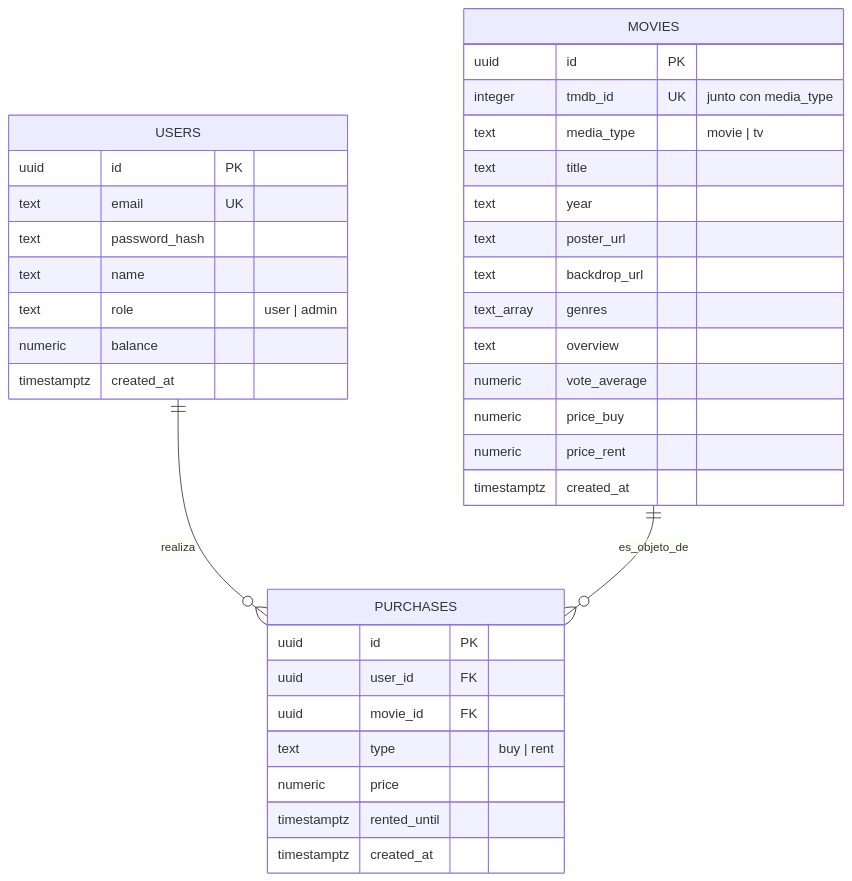
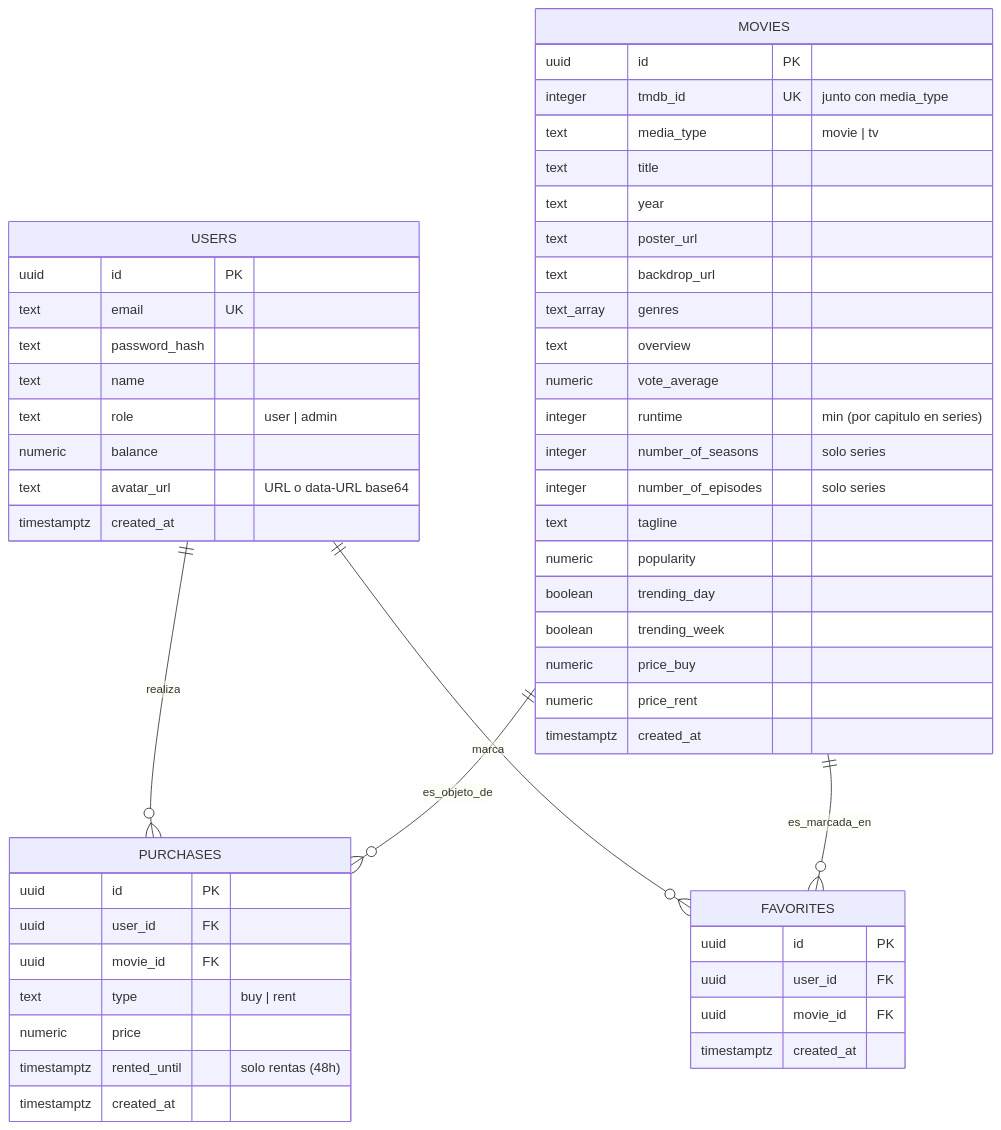
The diagram in README.md (Javi1771/nebula), drawn with Mermaid before and after one commit. The commit also changed other lines of this file and 3 other files, not shown here.

````diff
--- a/README.md
+++ b/README.md
@@ -74,41 +83,58 @@
 ```mermaid
 erDiagram
     USERS ||--o{ PURCHASES : realiza
+    USERS ||--o{ FAVORITES : marca
     MOVIES ||--o{ PURCHASES : es_objeto_de
+    MOVIES ||--o{ FAVORITES : es_marcada_en
 
     USERS {
         uuid id PK
         text email UK
         text password_hash
         text name
         text role "user | admin"
         numeric balance
+        text avatar_url "URL o data-URL base64"
         timestamptz created_at
     }
 
     MOVIES {
         uuid id PK
         integer tmdb_id UK "junto con media_type"
         text media_type "movie | tv"
         text title
         text year
         text poster_url
         text backdrop_url
         text_array genres
         text overview
         numeric vote_average
+        integer runtime "min (por capitulo en series)"
+        integer number_of_seasons "solo series"
+        integer number_of_episodes "solo series"
+        text tagline
+        numeric popularity
+        boolean trending_day
+        boolean trending_week
         numeric price_buy
         numeric price_rent
         timestamptz created_at
     }
 
     PURCHASES {
         uuid id PK
         uuid user_id FK
         uuid movie_id FK
         text type "buy | rent"
         numeric price
-        timestamptz rented_until
+        timestamptz rented_until "solo rentas (48h)"
+        timestamptz created_at
+    }
+
+    FAVORITES {
+        uuid id PK
+        uuid user_id FK
+        uuid movie_id FK
         timestamptz created_at
     }
 ```
````
